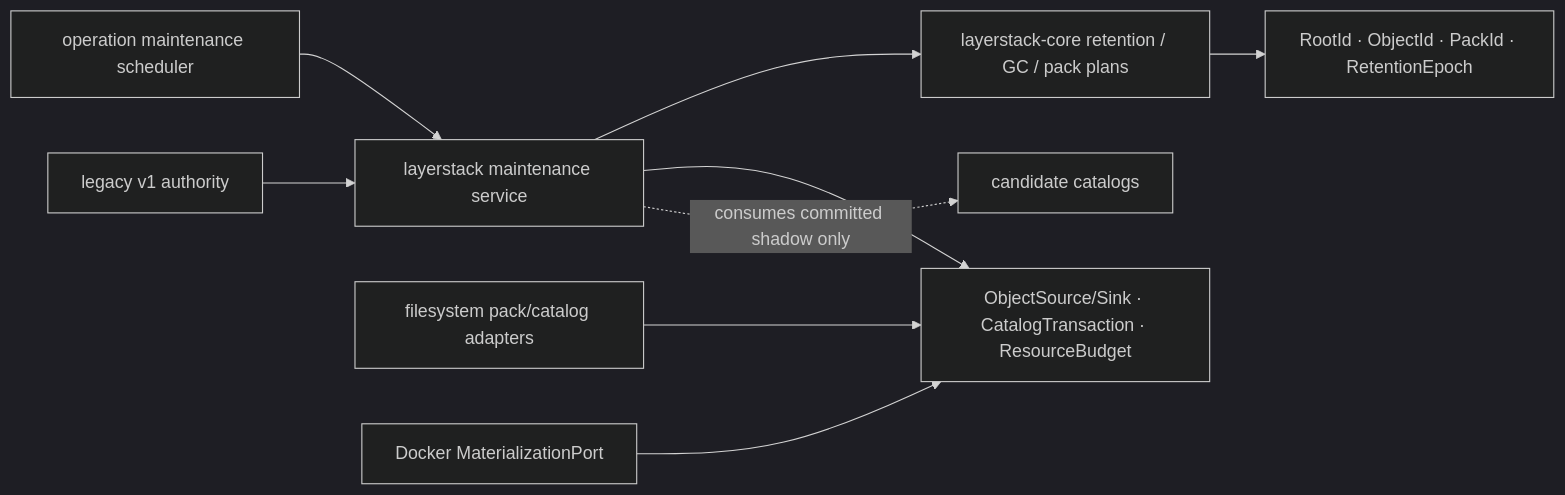
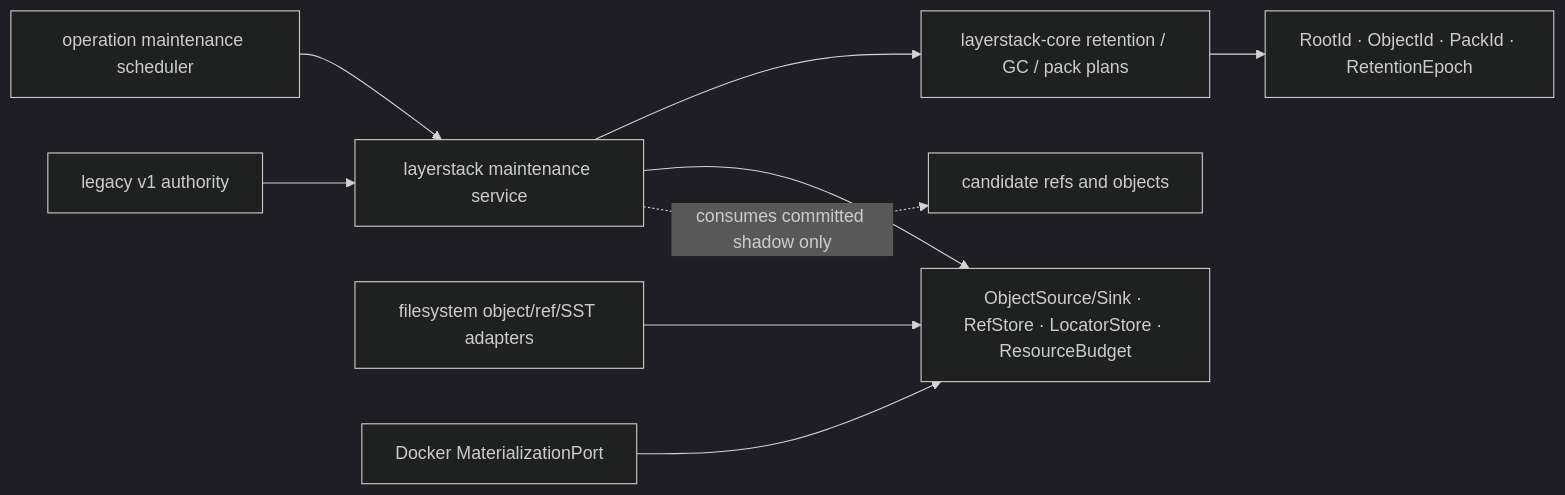
One commit to Ephemeral-AI-Lab/ephemeral-sandbox-docs changed the first of 3 diagrams in implementation-plan/2.0 migration/phase 1/implementation/stage_08_retention_gc_packs/spec.md. Above: the diagram before and after it, drawn with Mermaid (dark theme). The commit also changed other lines of this file and 35 other files, not shown here.

````diff
--- a/implementation-plan/2.0 migration/phase 1/implementation/stage_08_retention_gc_packs/spec.md
+++ b/implementation-plan/2.0 migration/phase 1/implementation/stage_08_retention_gc_packs/spec.md
@@ -176,11 +235,11 @@
 ```mermaid
 flowchart LR
   OP["operation maintenance scheduler"] --> LS["layerstack maintenance service"]
   LS --> CORE["layerstack-core retention / GC / pack plans"]
-  LS --> PORTS["ObjectSource/Sink · CatalogTransaction · ResourceBudget"]
-  FS["filesystem pack/catalog adapters"] --> PORTS
+  LS --> PORTS["ObjectSource/Sink · RefStore · LocatorStore · ResourceBudget"]
+  FS["filesystem object/ref/SST adapters"] --> PORTS
   DOCKER["Docker MaterializationPort"] --> PORTS
   CORE --> TYPES["RootId · ObjectId · PackId · RetentionEpoch"]
   LEGACY["legacy v1 authority"] --> LS
-  LS -. consumes committed shadow only .-> CAND["candidate catalogs"]
+  LS -. consumes committed shadow only .-> CAND["candidate refs and objects"]
 ```
````
